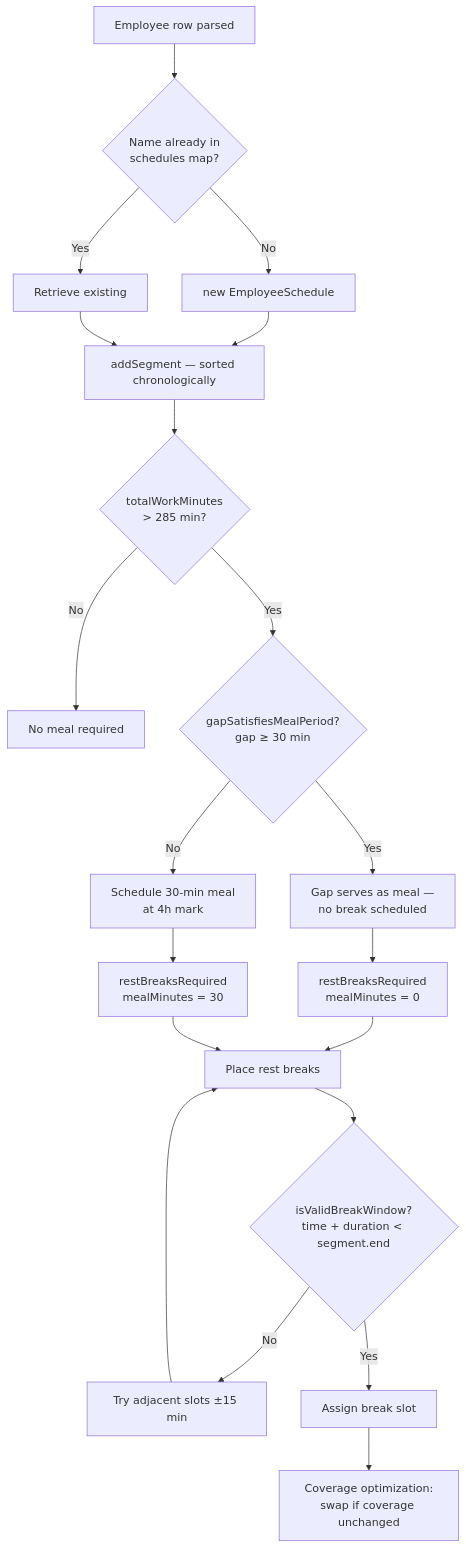
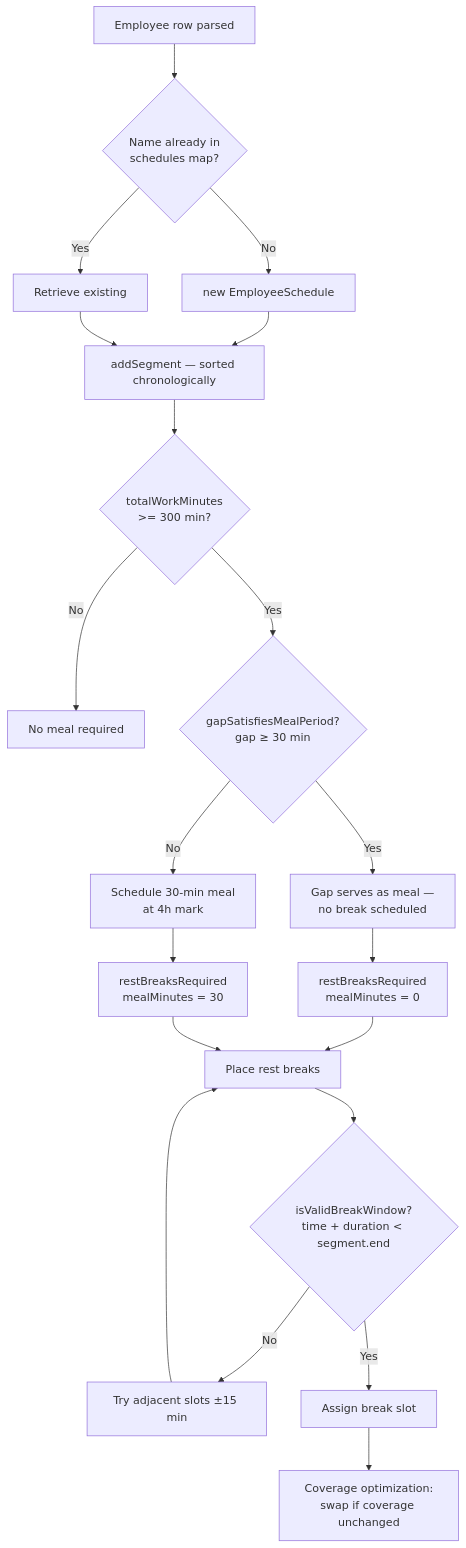
The fourth of 6 diagrams in README.md (kadencampb/break-schedule-tool), drawn with Mermaid before and after one commit. The commit also changed other lines of this file and 2 other files, not shown here.

````diff
--- a/README.md
+++ b/README.md
@@ -207,22 +207,22 @@
 ```mermaid
 flowchart TD
     A[Employee row parsed] --> B{Name already in\nschedules map?}
     B -- No --> C[new EmployeeSchedule]
     B -- Yes --> D[Retrieve existing]
     C --> E[addSegment — sorted chronologically]
     D --> E
-    E --> F{totalWorkMinutes\n> 285 min?}
+    E --> F{totalWorkMinutes\n>= 300 min?}
     F -- No --> G[No meal required]
     F -- Yes --> H{gapSatisfiesMealPeriod?\ngap ≥ 30 min}
     H -- Yes --> I[Gap serves as meal —\nno break scheduled]
     H -- No --> J[Schedule 30-min meal\nat 4h mark]
     I --> K[restBreaksRequired\nmealMinutes = 0]
     J --> L[restBreaksRequired\nmealMinutes = 30]
     K --> M[Place rest breaks]
     L --> M
     M --> N{isValidBreakWindow?\ntime + duration < segment.end}
     N -- No --> O[Try adjacent slots ±15 min]
     O --> M
     N -- Yes --> P[Assign break slot]
     P --> Q[Coverage optimization:\nswap if coverage unchanged]
 ```
````
